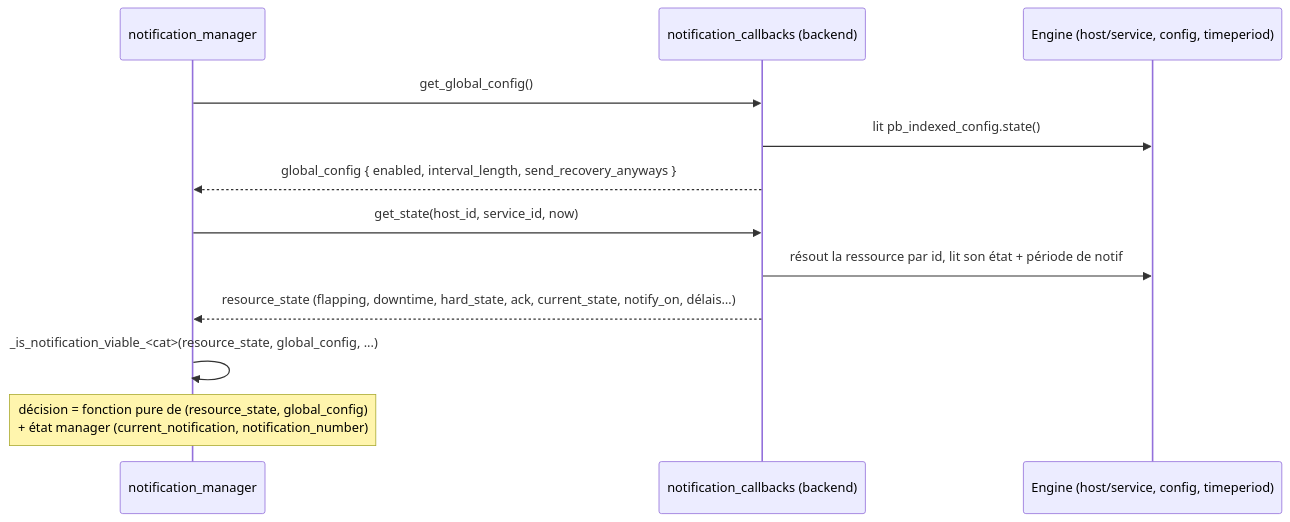
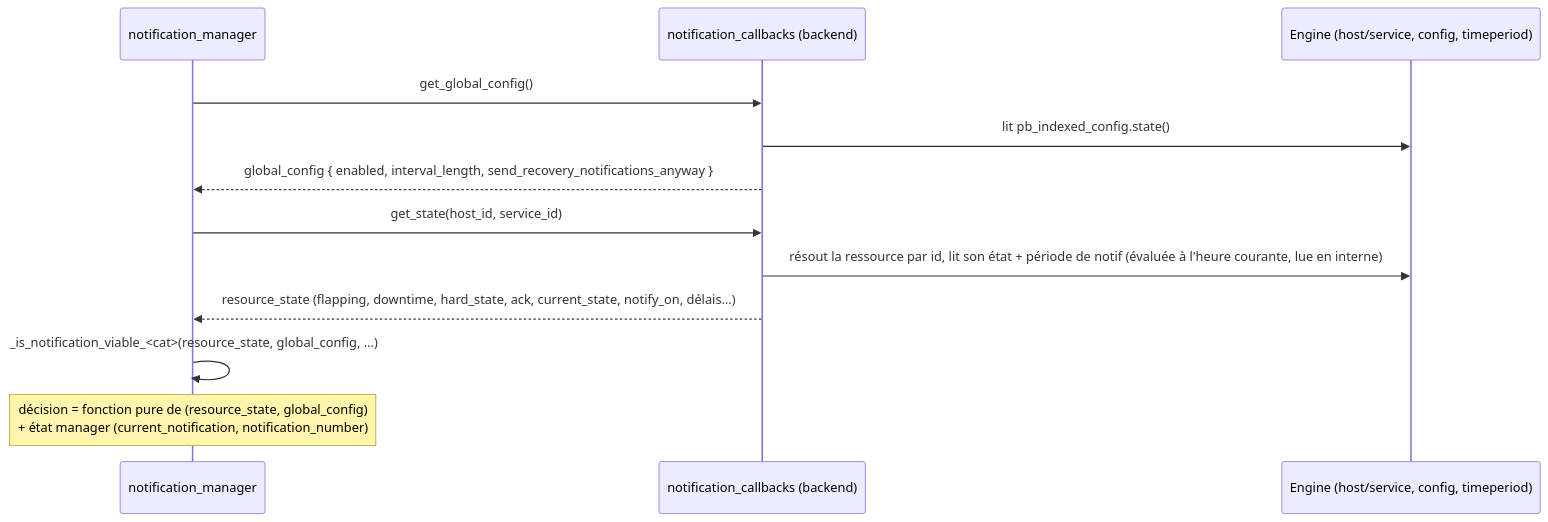
Before and after one commit to centreon/centreon-collect: diagram 11 of 12 in doc/notifications-fr.md, drawn with Mermaid. The commit also changed 1 other file, not shown here.

Commit message:
chore(doc): notifications doc updated

````diff
--- a/doc/notifications-fr.md
+++ b/doc/notifications-fr.md
@@ -525,15 +525,15 @@
 ```mermaid
 sequenceDiagram
     participant NM as notification_manager
     participant CB as notification_callbacks (backend)
     participant ENG as Engine (host/service, config, timeperiod)
 
     NM->>CB: get_global_config()
     CB->>ENG: lit pb_indexed_config.state()
-    CB-->>NM: global_config { enabled, interval_length, send_recovery_anyways }
-    NM->>CB: get_state(host_id, service_id, now)
-    CB->>ENG: résout la ressource par id, lit son état + période de notif
+    CB-->>NM: global_config { enabled, interval_length, send_recovery_notifications_anyway }
+    NM->>CB: get_state(host_id, service_id)
+    CB->>ENG: résout la ressource par id, lit son état + période de notif (évaluée à l'heure courante, lue en interne)
     CB-->>NM: resource_state (flapping, downtime, hard_state, ack, current_state, notify_on, délais…)
     NM->>NM: _is_notification_viable_<cat>(resource_state, global_config, ...)
     note over NM: décision = fonction pure de (resource_state, global_config)<br/>+ état manager (current_notification, notification_number)
 ```
````
